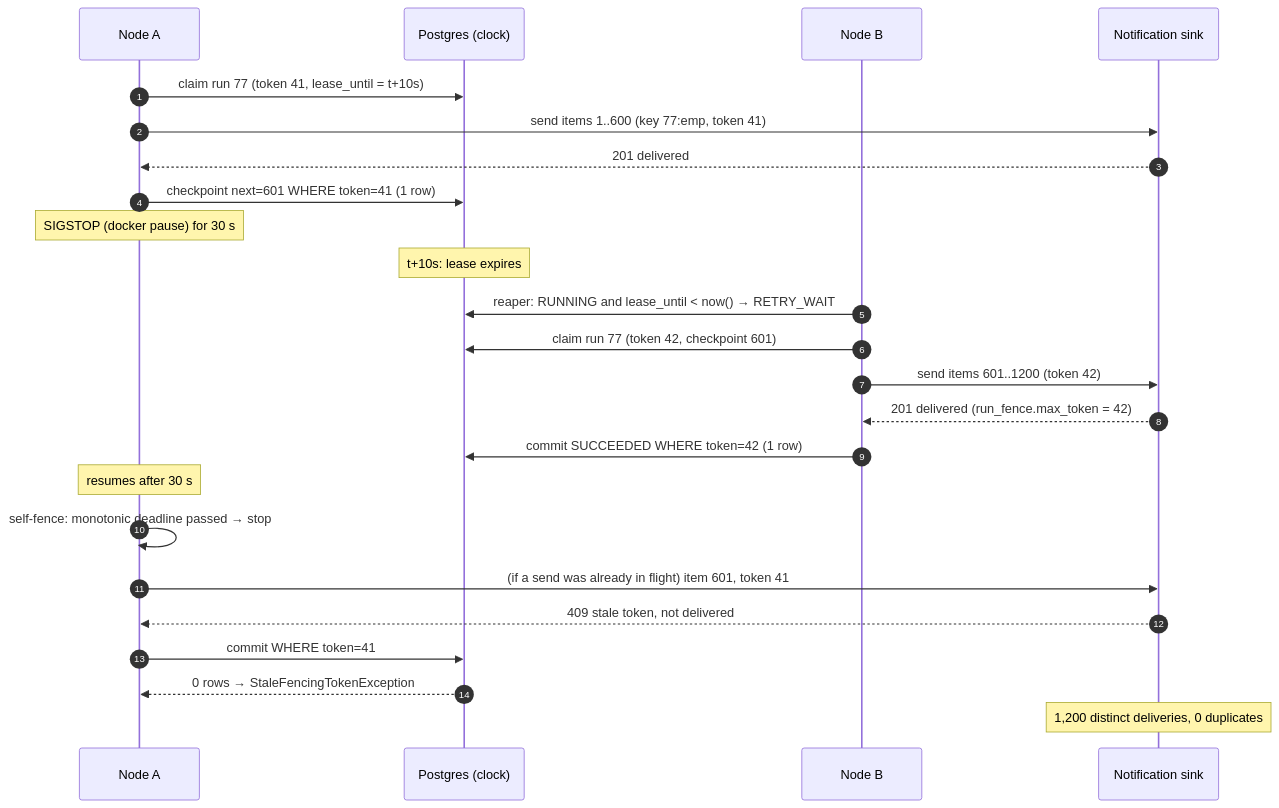
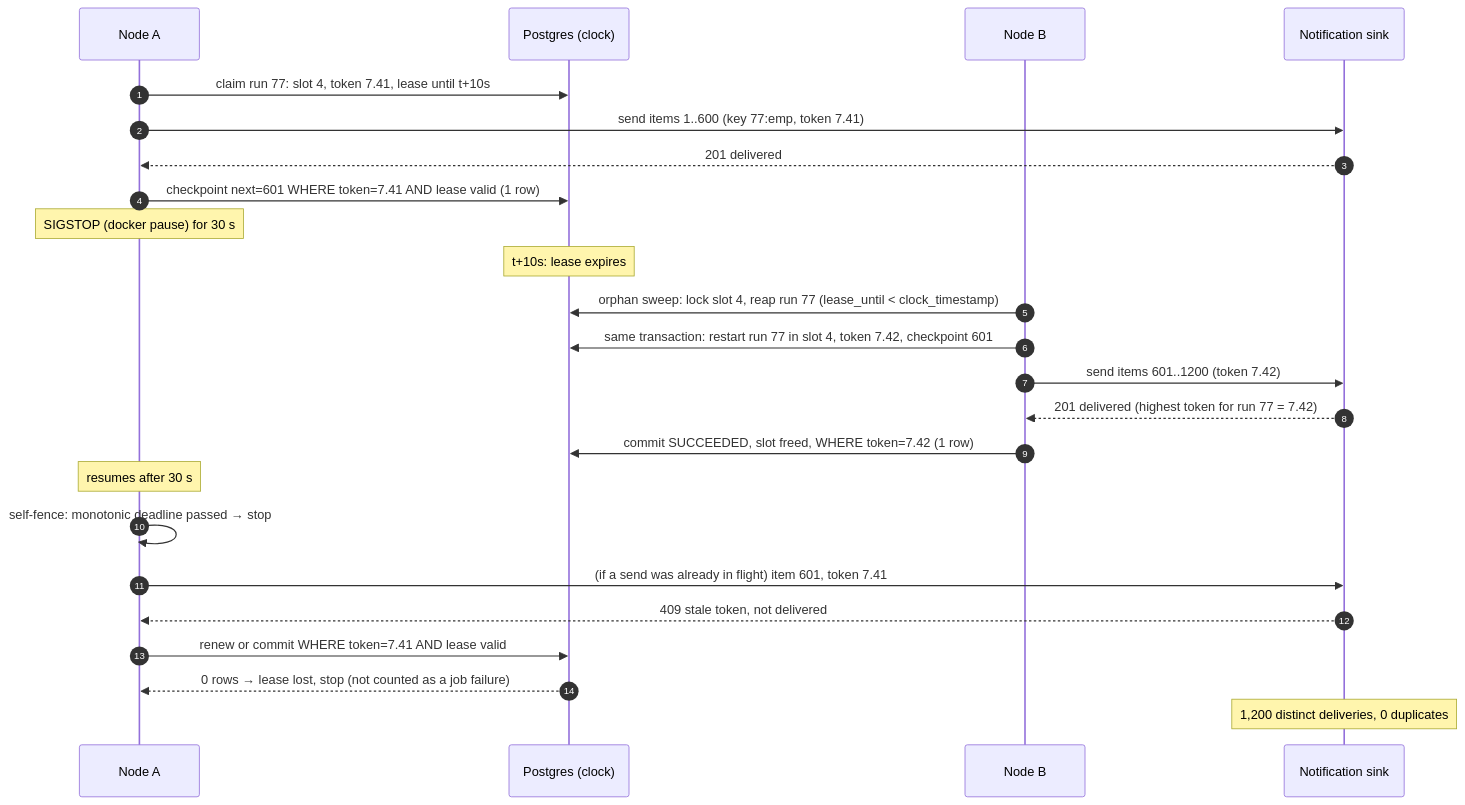
The third of 3 diagrams in PLAN.md (rachitkansal05/Case-Study-3-Distributed-Trip-Job-Scheduler-Exactly-Once-Across-a-Cluster), drawn with Mermaid before and after one commit. The commit also changed other lines of this file, not shown here.

````diff
--- a/PLAN.md
+++ b/PLAN.md
@@ -355,26 +464,26 @@
 ```mermaid
 sequenceDiagram
   autonumber
   participant A as Node A
   participant DB as Postgres (clock)
   participant B as Node B
   participant S as Notification sink
-  A->>DB: claim run 77 (token 41, lease_until = t+10s)
-  A->>S: send items 1..600 (key 77:emp, token 41)
+  A->>DB: claim run 77: slot 4, token 7.41, lease until t+10s
+  A->>S: send items 1..600 (key 77:emp, token 7.41)
   S-->>A: 201 delivered
-  A->>DB: checkpoint next=601 WHERE token=41 (1 row)
+  A->>DB: checkpoint next=601 WHERE token=7.41 AND lease valid (1 row)
   Note over A: SIGSTOP (docker pause) for 30 s
   Note over DB: t+10s: lease expires
-  B->>DB: reaper: RUNNING and lease_until < now()  →  RETRY_WAIT
-  B->>DB: claim run 77 (token 42, checkpoint 601)
-  B->>S: send items 601..1200 (token 42)
-  S-->>B: 201 delivered (run_fence.max_token = 42)
-  B->>DB: commit SUCCEEDED WHERE token=42 (1 row)
+  B->>DB: orphan sweep: lock slot 4, reap run 77 (lease_until < clock_timestamp)
+  B->>DB: same transaction: restart run 77 in slot 4, token 7.42, checkpoint 601
+  B->>S: send items 601..1200 (token 7.42)
+  S-->>B: 201 delivered (highest token for run 77 = 7.42)
+  B->>DB: commit SUCCEEDED, slot freed, WHERE token=7.42 (1 row)
   Note over A: resumes after 30 s
   A->>A: self-fence: monotonic deadline passed → stop
-  A->>S: (if a send was already in flight) item 601, token 41
+  A->>S: (if a send was already in flight) item 601, token 7.41
   S-->>A: 409 stale token, not delivered
-  A->>DB: commit WHERE token=41
-  DB-->>A: 0 rows → StaleFencingTokenException
+  A->>DB: renew or commit WHERE token=7.41 AND lease valid
+  DB-->>A: 0 rows → lease lost, stop (not counted as a job failure)
   Note over S: 1,200 distinct deliveries, 0 duplicates
 ```
````
